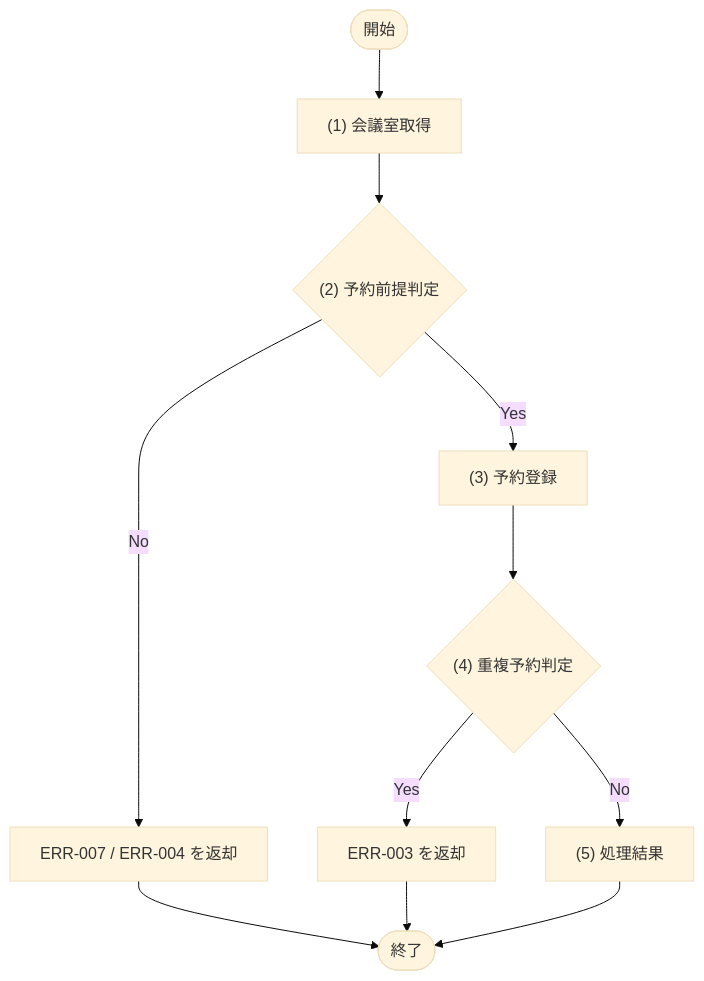
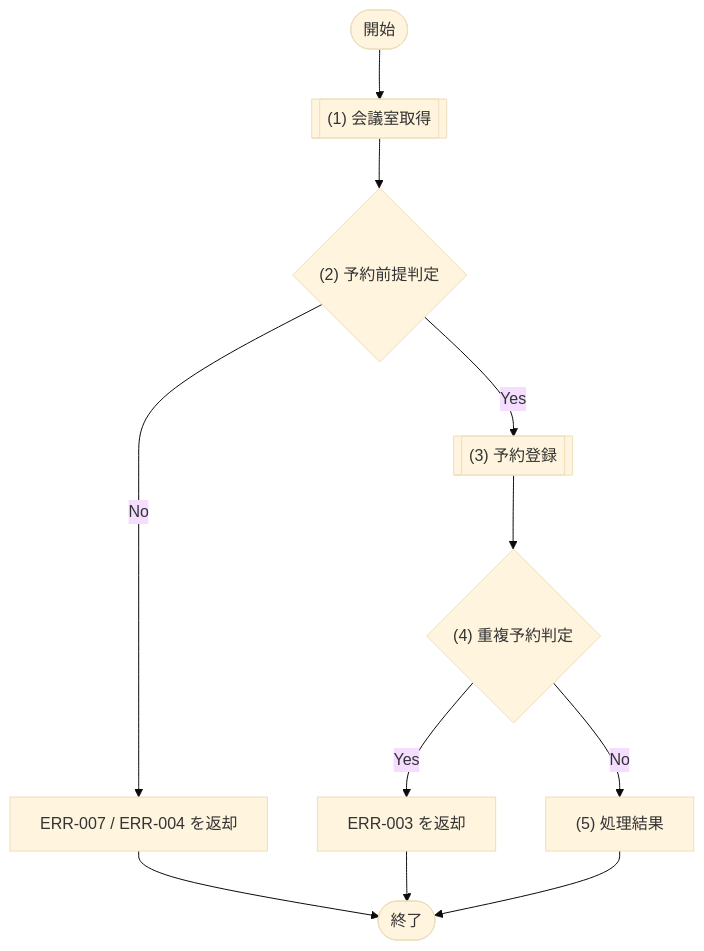
The diagram in docs/03_機能設計/03_API設計/API-003_予約登録.md (sikakou54/system-document-template), drawn with Mermaid (base theme) before and after one commit. The commit also changed 28 other files, not shown here.

````diff
--- a/docs/03_機能設計/03_API設計/API-003_予約登録.md
+++ b/docs/03_機能設計/03_API設計/API-003_予約登録.md
@@ -43,18 +43,18 @@
 ```mermaid
 flowchart TD
   Start([開始])
-  P1["(1) 会議室取得"]
+  P1[["(1) 会議室取得"]]
   D1{"(2) 予約前提判定"}
   E1["ERR-007 / ERR-004 を返却"]
-  P2["(3) 予約登録"]
+  P2[["(3) 予約登録"]]
   D2{"(4) 重複予約判定"}
   E2["ERR-003 を返却"]
   P3["(5) 処理結果"]
   End([終了])
 
   Start --> P1 --> D1
   D1 -- "No" --> E1 --> End
   D1 -- "Yes" --> P2 --> D2
   D2 -- "Yes" --> E2 --> End
   D2 -- "No" --> P3 --> End
 ```
````
